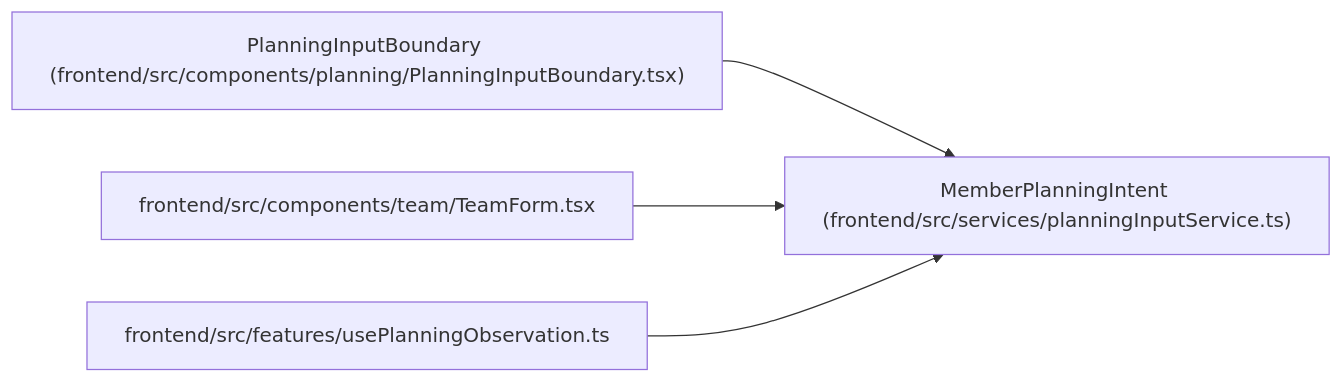
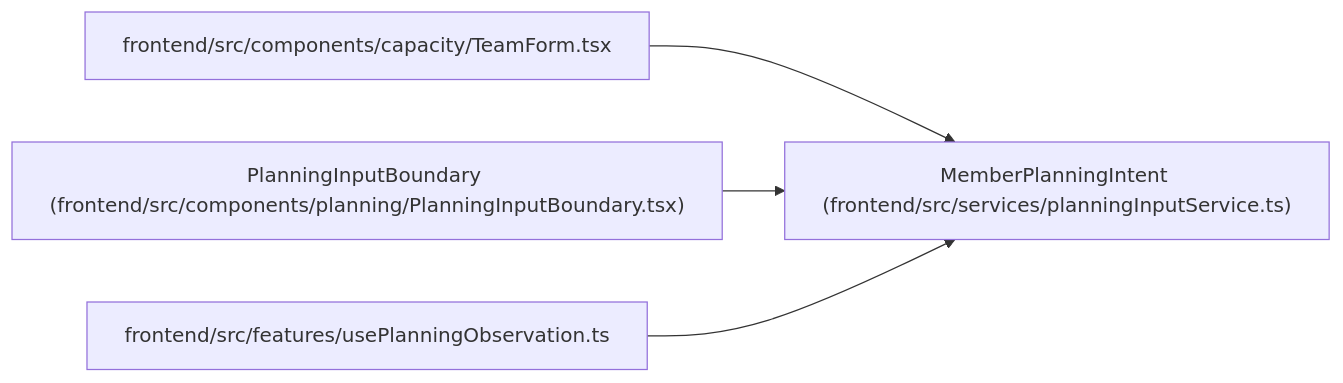
One commit to Denissvgn/WorkChord changed the diagram in docs/llm_wiki/entities/planningInputService_MemberPlanningIntent.md. Above: the diagram before and after it, drawn with Mermaid. The commit also changed 2373 other files, not shown here.

````diff
--- a/docs/llm_wiki/entities/planningInputService_MemberPlanningIntent.md
+++ b/docs/llm_wiki/entities/planningInputService_MemberPlanningIntent.md
@@ -28,14 +28,14 @@
 ```mermaid
 flowchart LR
     n0["MemberPlanningIntent (frontend/src/services/planningInputService.ts)"]
-    n1["PlanningInputBoundary (frontend/src/components/planning/PlanningInputBoundary.tsx)"]
-    n2["frontend/src/components/team/TeamForm.tsx"]
+    n1["frontend/src/components/capacity/TeamForm.tsx"]
+    n2["PlanningInputBoundary (frontend/src/components/planning/PlanningInputBoundary.tsx)"]
     n3["frontend/src/features/usePlanningObservation.ts"]
     n1 --> n0
     n2 --> n0
     n3 --> n0
     click n0 "../modules/planningInputService.md"
-    click n1 "../modules/PlanningInputBoundary.md"
-    click n2 "../modules/TeamForm.md"
+    click n1 "../modules/TeamForm.md"
+    click n2 "../modules/PlanningInputBoundary.md"
     click n3 "../modules/usePlanningObservation.md"
 ```
````
